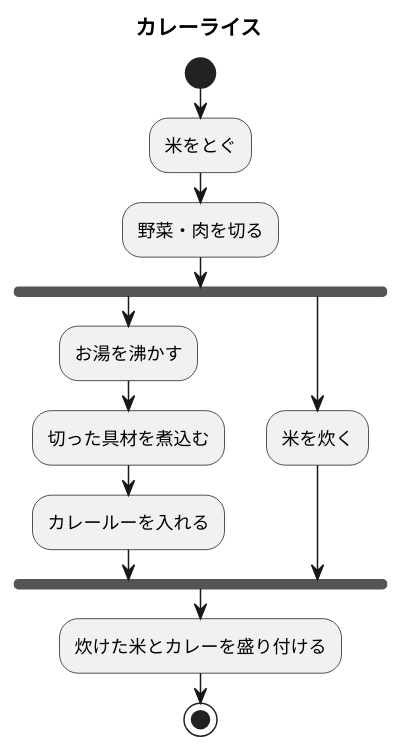
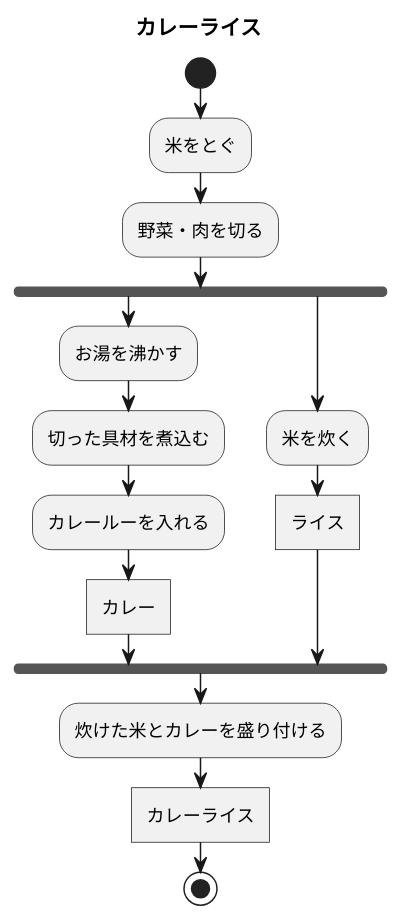
The diagram in 7章練習_ACカレーライス.pu (Tanifuji94/uml-introduction), drawn with PlantUML before and after one commit.

Commit message:
7章

```diff
--- a/7章練習_ACカレーライス.pu
+++ b/7章練習_ACカレーライス.pu
@@ -1,15 +1,18 @@
 @startuml カレーライス
 title カレーライス
 start
     :米をとぐ;
     :野菜・肉を切る;
 fork 
     :お湯を沸かす; 
     :切った具材を煮込む;
     :カレールーを入れる;
+    :カレー]
 fork again
     :米を炊く;
+    :ライス]
 end fork
     :炊けた米とカレーを盛り付ける;
+    :カレーライス]
 stop
 @enduml
```
